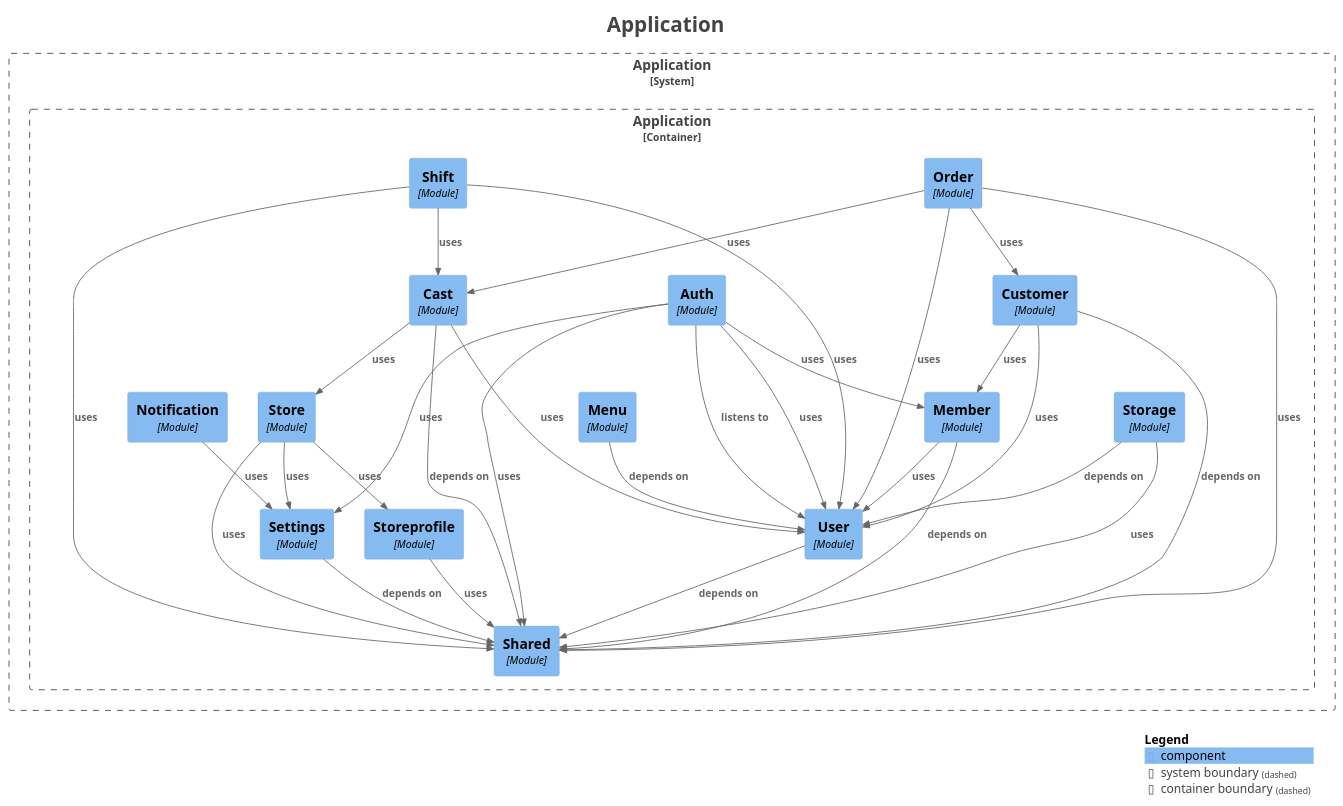
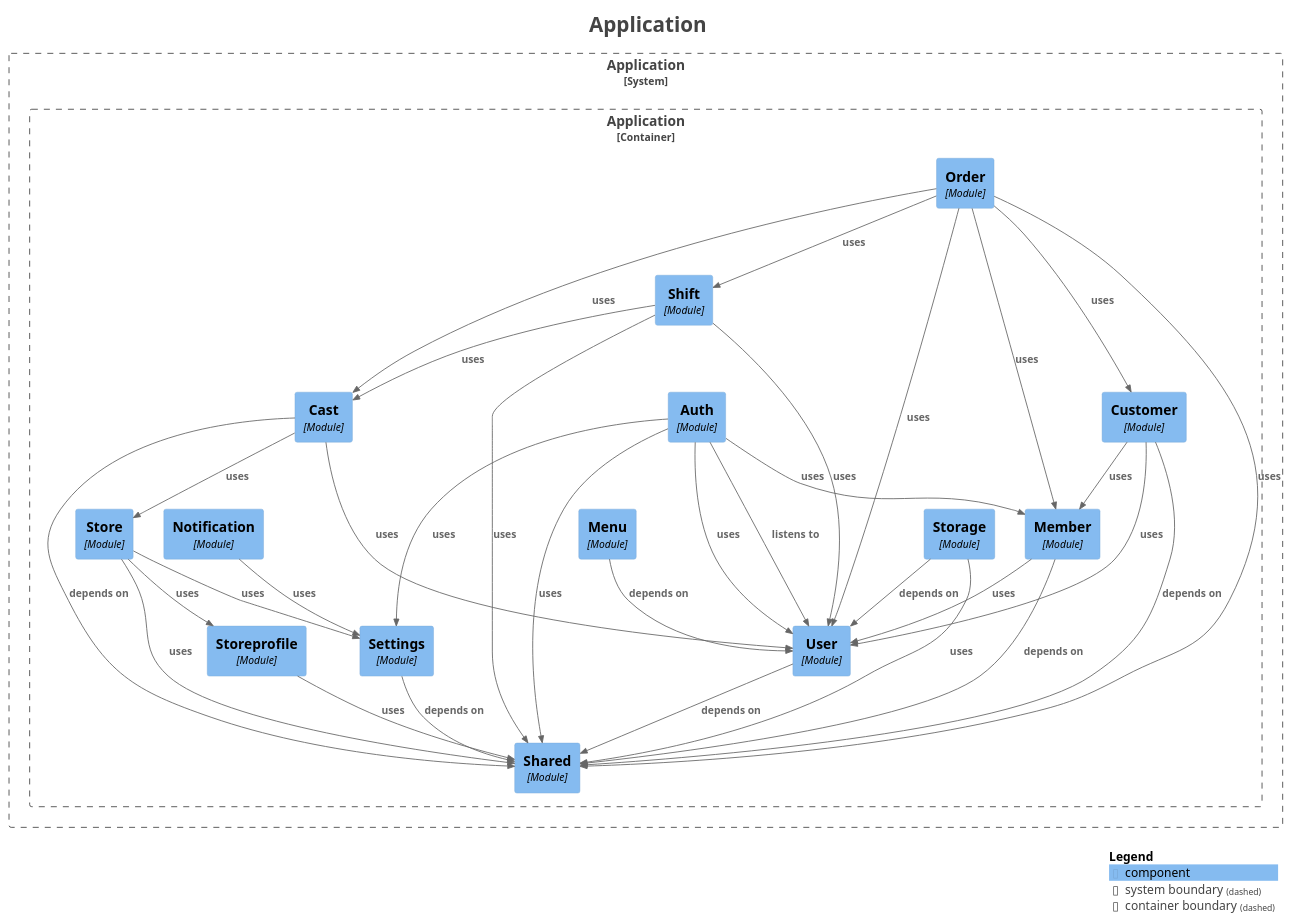
One commit to kanghouchao/Kizuna changed the diagram in backend/docs/modulith/components.puml. Above: the diagram before and after it, drawn with PlantUML. The commit also changed 77 other files, not shown here.

```diff
--- a/backend/docs/modulith/components.puml
+++ b/backend/docs/modulith/components.puml
@@ -1,71 +1,73 @@
 @startuml
 title <size:24>Application</size>
 
 set separator none
 top to bottom direction
 
 <style>
   root {
     BackgroundColor: #ffffff
     FontColor: #444444
   }
 </style>
 
 !include <C4/C4>
 !include <C4/C4_Context>
 !include <C4/C4_Component>
 
 System_Boundary("Application_boundary", "Application", $tags="") {
   Container_Boundary("Application.Application_boundary", "Application", $tags="") {
     Component(Application.Application.Storage, "Storage", $techn="Module", $descr="", $tags="", $link="")
     Component(Application.Application.Store, "Store", $techn="Module", $descr="", $tags="", $link="")
     Component(Application.Application.Auth, "Auth", $techn="Module", $descr="", $tags="", $link="")
     Component(Application.Application.Cast, "Cast", $techn="Module", $descr="", $tags="", $link="")
     Component(Application.Application.Customer, "Customer", $techn="Module", $descr="", $tags="", $link="")
+    Component(Application.Application.Shift, "Shift", $techn="Module", $descr="", $tags="", $link="")
     Component(Application.Application.Order, "Order", $techn="Module", $descr="", $tags="", $link="")
-    Component(Application.Application.Shift, "Shift", $techn="Module", $descr="", $tags="", $link="")
     Component(Application.Application.Shared, "Shared", $techn="Module", $descr="", $tags="", $link="")
     Component(Application.Application.Settings, "Settings", $techn="Module", $descr="", $tags="", $link="")
     Component(Application.Application.Storeprofile, "Storeprofile", $techn="Module", $descr="", $tags="", $link="")
     Component(Application.Application.User, "User", $techn="Module", $descr="", $tags="", $link="")
     Component(Application.Application.Member, "Member", $techn="Module", $descr="", $tags="", $link="")
     Component(Application.Application.Menu, "Menu", $techn="Module", $descr="", $tags="", $link="")
     Component(Application.Application.Notification, "Notification", $techn="Module", $descr="", $tags="", $link="")
   }
 
 }
 
+Rel(Application.Application.Settings, Application.Application.Shared, "depends on", $techn="", $tags="", $link="")
+Rel(Application.Application.User, Application.Application.Shared, "depends on", $techn="", $tags="", $link="")
+Rel(Application.Application.Notification, Application.Application.Settings, "uses", $techn="", $tags="", $link="")
+Rel(Application.Application.Store, Application.Application.Storeprofile, "uses", $techn="", $tags="", $link="")
+Rel(Application.Application.Store, Application.Application.Settings, "uses", $techn="", $tags="", $link="")
+Rel(Application.Application.Store, Application.Application.Shared, "uses", $techn="", $tags="", $link="")
+Rel(Application.Application.Shift, Application.Application.User, "uses", $techn="", $tags="", $link="")
+Rel(Application.Application.Shift, Application.Application.Cast, "uses", $techn="", $tags="", $link="")
+Rel(Application.Application.Shift, Application.Application.Shared, "uses", $techn="", $tags="", $link="")
 Rel(Application.Application.Storeprofile, Application.Application.Shared, "uses", $techn="", $tags="", $link="")
 Rel(Application.Application.Storage, Application.Application.User, "depends on", $techn="", $tags="", $link="")
 Rel(Application.Application.Storage, Application.Application.Shared, "uses", $techn="", $tags="", $link="")
 Rel(Application.Application.Auth, Application.Application.User, "listens to", $techn="", $tags="", $link="")
 Rel(Application.Application.Auth, Application.Application.User, "uses", $techn="", $tags="", $link="")
 Rel(Application.Application.Auth, Application.Application.Member, "uses", $techn="", $tags="", $link="")
 Rel(Application.Application.Auth, Application.Application.Shared, "uses", $techn="", $tags="", $link="")
 Rel(Application.Application.Auth, Application.Application.Settings, "uses", $techn="", $tags="", $link="")
 Rel(Application.Application.Menu, Application.Application.User, "depends on", $techn="", $tags="", $link="")
-Rel(Application.Application.Store, Application.Application.Storeprofile, "uses", $techn="", $tags="", $link="")
-Rel(Application.Application.Store, Application.Application.Settings, "uses", $techn="", $tags="", $link="")
-Rel(Application.Application.Store, Application.Application.Shared, "uses", $techn="", $tags="", $link="")
-Rel(Application.Application.Member, Application.Application.Shared, "depends on", $techn="", $tags="", $link="")
-Rel(Application.Application.Member, Application.Application.User, "uses", $techn="", $tags="", $link="")
-Rel(Application.Application.Notification, Application.Application.Settings, "uses", $techn="", $tags="", $link="")
-Rel(Application.Application.Shift, Application.Application.User, "uses", $techn="", $tags="", $link="")
-Rel(Application.Application.Shift, Application.Application.Cast, "uses", $techn="", $tags="", $link="")
-Rel(Application.Application.Shift, Application.Application.Shared, "uses", $techn="", $tags="", $link="")
+Rel(Application.Application.Customer, Application.Application.Shared, "depends on", $techn="", $tags="", $link="")
+Rel(Application.Application.Customer, Application.Application.Member, "uses", $techn="", $tags="", $link="")
+Rel(Application.Application.Customer, Application.Application.User, "uses", $techn="", $tags="", $link="")
 Rel(Application.Application.Cast, Application.Application.Shared, "depends on", $techn="", $tags="", $link="")
 Rel(Application.Application.Cast, Application.Application.User, "uses", $techn="", $tags="", $link="")
 Rel(Application.Application.Cast, Application.Application.Store, "uses", $techn="", $tags="", $link="")
-Rel(Application.Application.Customer, Application.Application.Shared, "depends on", $techn="", $tags="", $link="")
-Rel(Application.Application.Customer, Application.Application.Member, "uses", $techn="", $tags="", $link="")
-Rel(Application.Application.Customer, Application.Application.User, "uses", $techn="", $tags="", $link="")
-Rel(Application.Application.User, Application.Application.Shared, "depends on", $techn="", $tags="", $link="")
-Rel(Application.Application.Settings, Application.Application.Shared, "depends on", $techn="", $tags="", $link="")
+Rel(Application.Application.Order, Application.Application.Cast, "uses", $techn="", $tags="", $link="")
 Rel(Application.Application.Order, Application.Application.Customer, "uses", $techn="", $tags="", $link="")
-Rel(Application.Application.Order, Application.Application.Cast, "uses", $techn="", $tags="", $link="")
 Rel(Application.Application.Order, Application.Application.User, "uses", $techn="", $tags="", $link="")
+Rel(Application.Application.Order, Application.Application.Member, "uses", $techn="", $tags="", $link="")
+Rel(Application.Application.Order, Application.Application.Shift, "uses", $techn="", $tags="", $link="")
 Rel(Application.Application.Order, Application.Application.Shared, "uses", $techn="", $tags="", $link="")
+Rel(Application.Application.Member, Application.Application.Shared, "depends on", $techn="", $tags="", $link="")
+Rel(Application.Application.Member, Application.Application.User, "uses", $techn="", $tags="", $link="")
 
 SHOW_LEGEND(true)
 hide stereotypes
 @enduml
```
